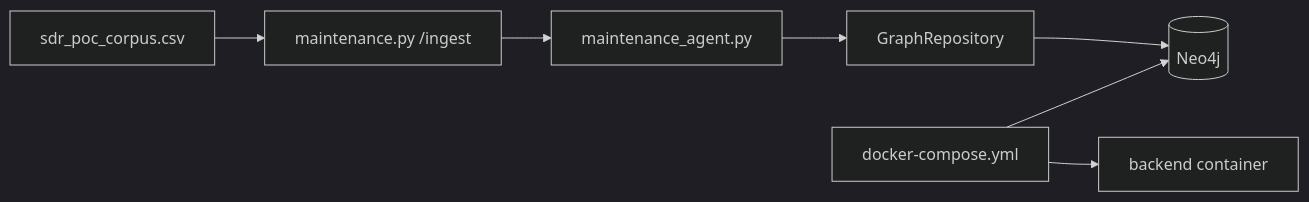
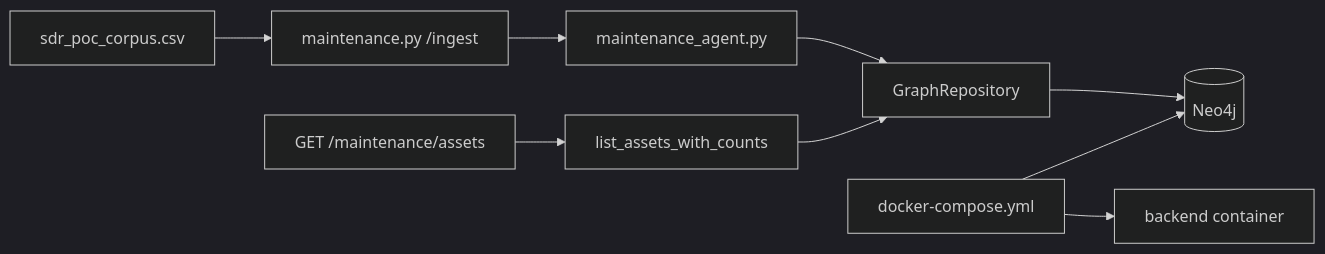
The diagram in knowledge/flows/FLOW-ingest.md (umaritics/halite), drawn with Mermaid (dark theme) before and after one commit. The commit also changed other lines of this file and 22 other files, not shown here.

````diff
--- a/knowledge/flows/FLOW-ingest.md
+++ b/knowledge/flows/FLOW-ingest.md
@@ -21,9 +23,11 @@
 ```mermaid
 flowchart LR
   CSV[sdr_poc_corpus.csv] --> Route[maintenance.py /ingest]
   Route --> Agent[maintenance_agent.py]
   Agent --> GR[GraphRepository]
+  Assets[GET /maintenance/assets] --> Count[list_assets_with_counts]
+  Count --> GR
   GR --> N[(Neo4j)]
   Compose[docker-compose.yml] --> N
   Compose --> BE[backend container]
 ```
````
